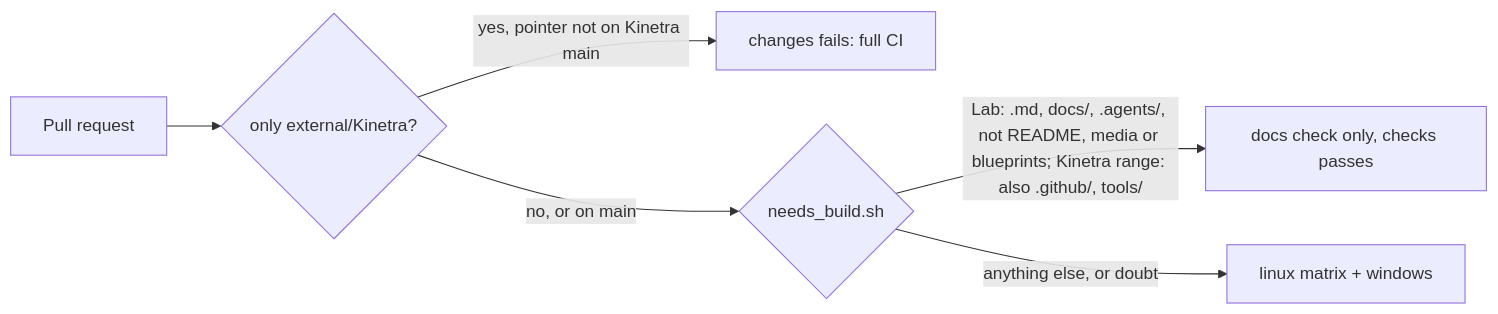
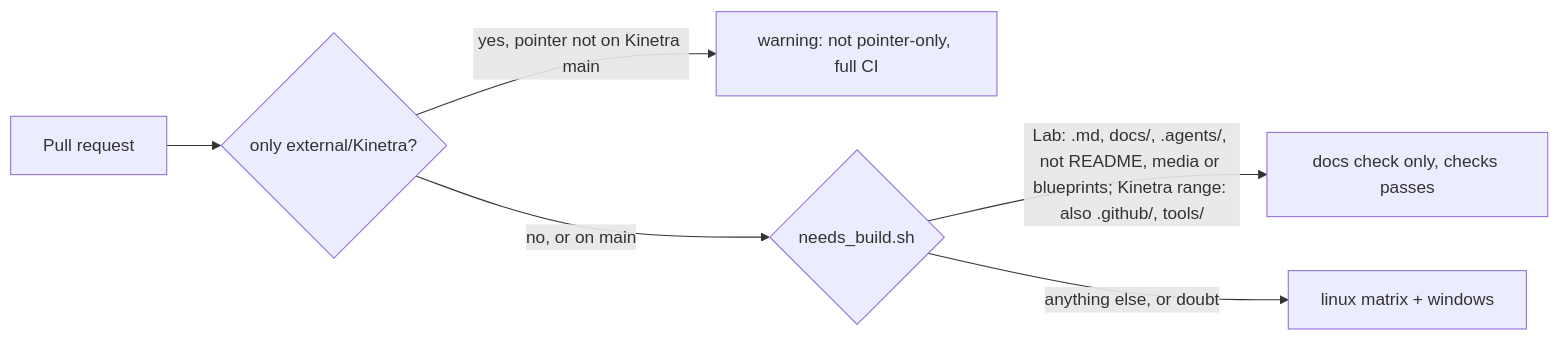
Before and after one commit to SMB-M87/Kinetra-Lab: the diagram in docs/design/2026-11-23-leaner-cycle-first-step.md, drawn with Mermaid. The commit also changed other lines of this file, not shown here.

First line of the commit message:
docs(design): address review: round 3, the CI as it is, and the pointer moves

````diff
--- a/docs/design/2026-11-23-leaner-cycle-first-step.md
+++ b/docs/design/2026-11-23-leaner-cycle-first-step.md
@@ -109,8 +109,8 @@
 ```mermaid
 flowchart LR
     PR[Pull request] --> P{only external/Kinetra?}
-    P -->|yes, pointer not on Kinetra main| E[changes fails: full CI]
+    P -->|yes, pointer not on Kinetra main| E[warning: not pointer-only, full CI]
     P -->|no, or on main| N{needs_build.sh}
     N -->|Lab: .md, docs/, .agents/, not README, media or blueprints; Kinetra range: also .github/, tools/| D[docs check only, checks passes]
     N -->|anything else, or doubt| F[linux matrix + windows]
 ```
````
